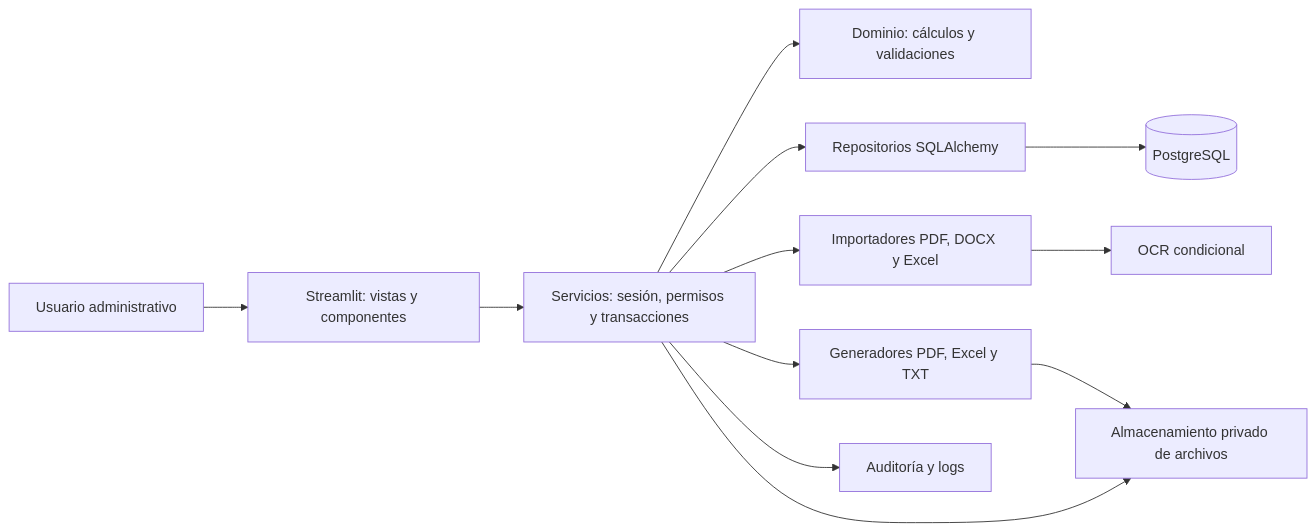
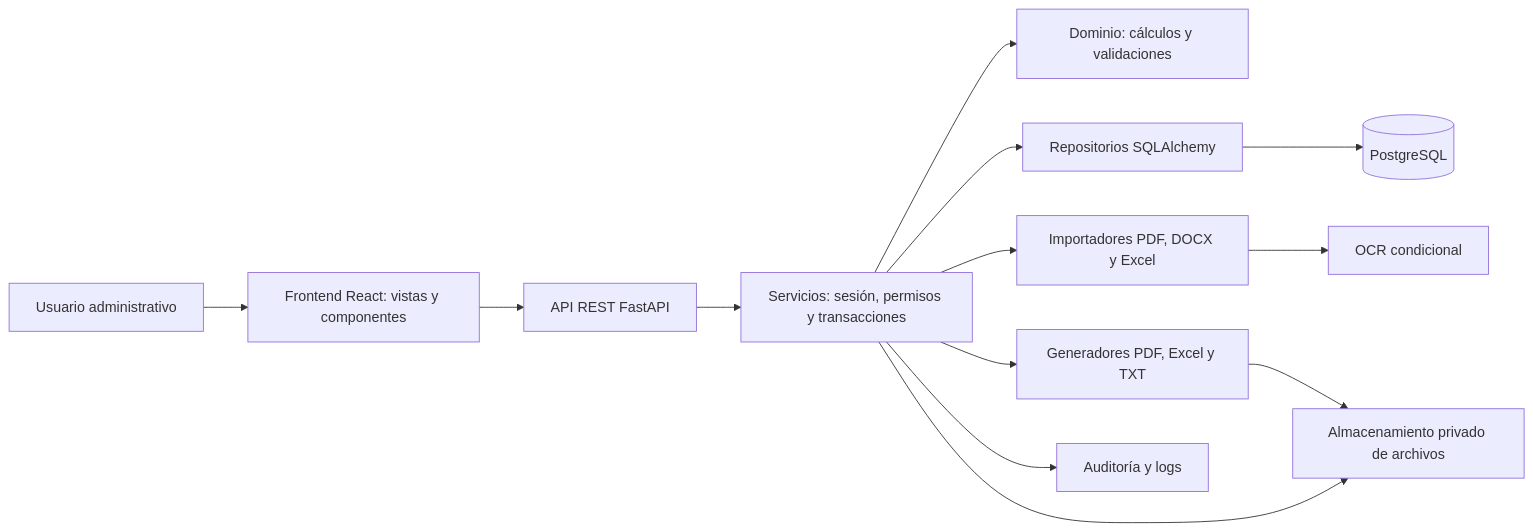
One commit to Gusva26/planillas changed the fourth of 4 diagrams in docs/02-arquitectura.md. Above: the diagram before and after it, drawn with Mermaid. The commit also changed other lines of this file and 22 other files, not shown here.

````diff
--- a/docs/02-arquitectura.md
+++ b/docs/02-arquitectura.md
@@ -11,14 +160,15 @@
 ```mermaid
 flowchart LR
-    U[Usuario administrativo] --> UI[Streamlit: vistas y componentes]
-    UI --> A[Servicios: sesión, permisos y transacciones]
+    U[Usuario administrativo] --> UI[Frontend React: vistas y componentes]
+    UI --> API[API REST FastAPI]
+    API --> A[Servicios: sesión, permisos y transacciones]
     A --> D[Dominio: cálculos y validaciones]
     A --> R[Repositorios SQLAlchemy]
     R --> PG[(PostgreSQL)]
     A --> I[Importadores PDF, DOCX y Excel]
     I --> O[OCR condicional]
     A --> G[Generadores PDF, Excel y TXT]
     G --> F[Almacenamiento privado de archivos]
     A --> F
     A --> AU[Auditoría y logs]
 ```
````
